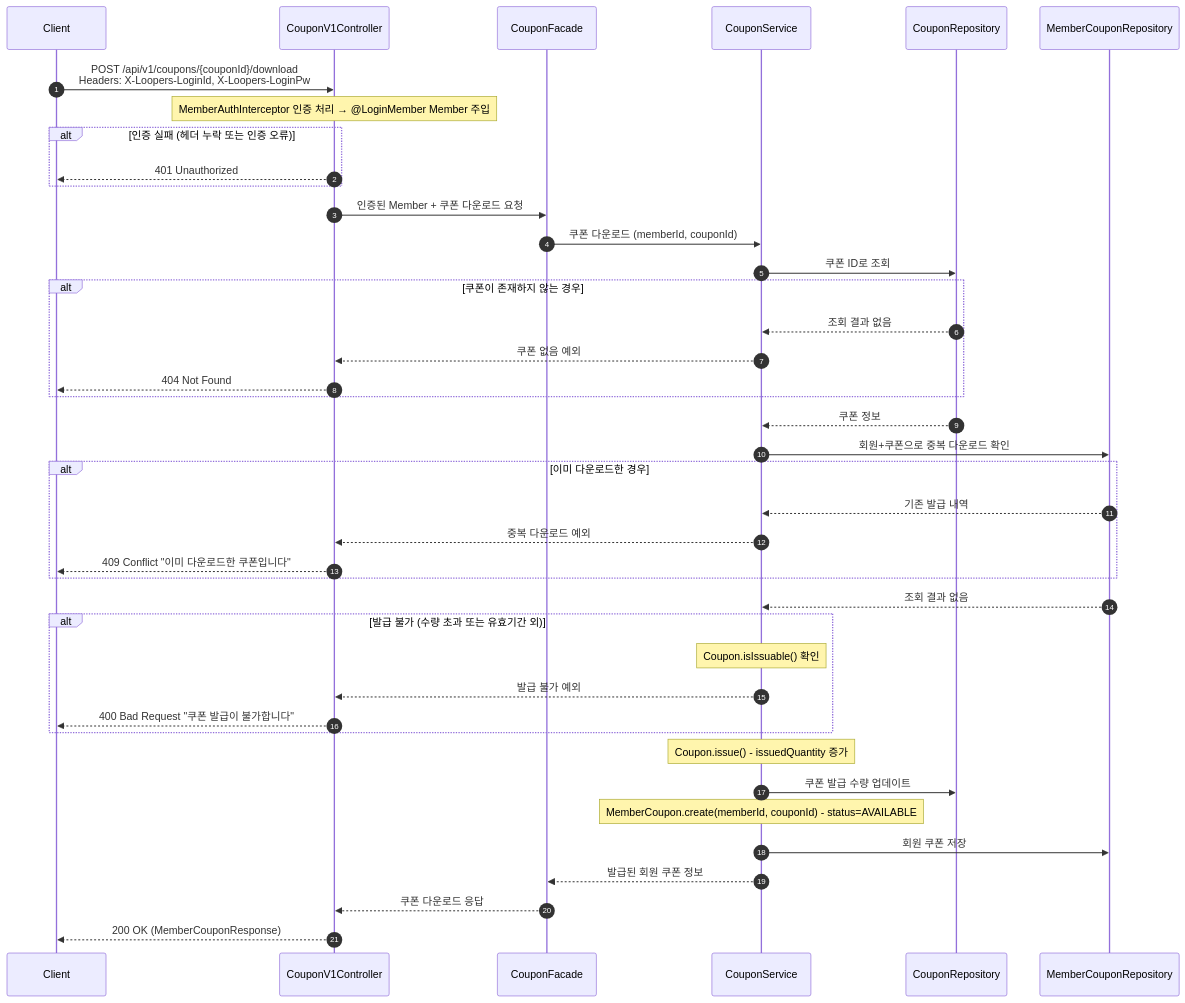
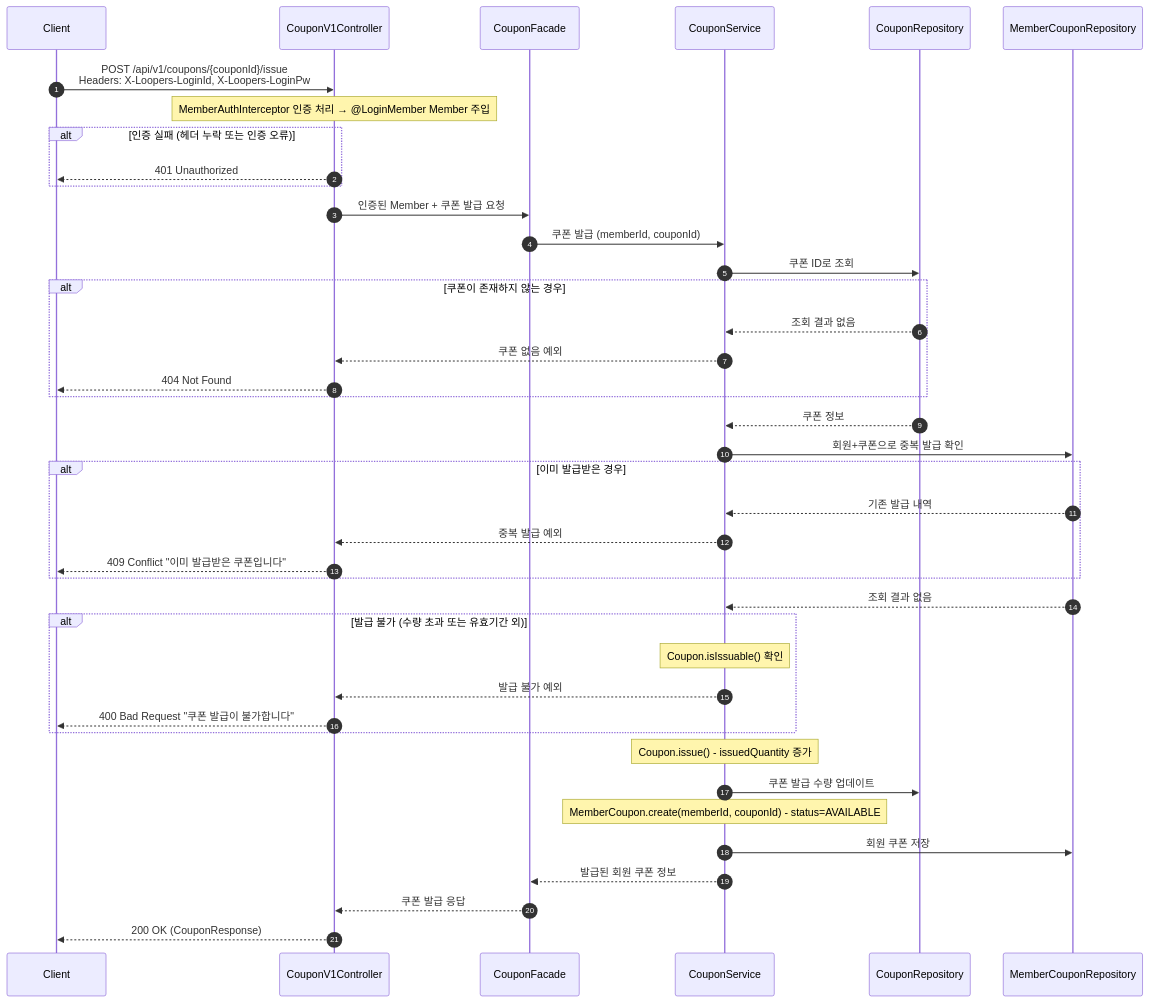
Before and after one commit to jsj1215/loop-pack-be-l2-vol3-java: diagram 12 of 30 in docs/design/02-sequence-diagrams.md, drawn with Mermaid. The commit also changed other lines of this file and 3 other files, not shown here.

````diff
--- a/docs/design/02-sequence-diagrams.md
+++ b/docs/design/02-sequence-diagrams.md
@@ -598,54 +598,54 @@
 ```mermaid
 sequenceDiagram
     autonumber
     participant Client
     participant Controller as CouponV1Controller
     participant Facade as CouponFacade
     participant Service as CouponService
     participant CouponRepo as CouponRepository
     participant MemberCouponRepo as MemberCouponRepository
 
-    Client->>Controller: POST /api/v1/coupons/{couponId}/download<br/>Headers: X-Loopers-LoginId, X-Loopers-LoginPw
+    Client->>Controller: POST /api/v1/coupons/{couponId}/issue<br/>Headers: X-Loopers-LoginId, X-Loopers-LoginPw
 
     Note over Controller: MemberAuthInterceptor 인증 처리 → @LoginMember Member 주입
     alt 인증 실패 (헤더 누락 또는 인증 오류)
         Controller-->>Client: 401 Unauthorized
     end
 
-    Controller->>Facade: 인증된 Member + 쿠폰 다운로드 요청
-    Facade->>Service: 쿠폰 다운로드 (memberId, couponId)
+    Controller->>Facade: 인증된 Member + 쿠폰 발급 요청
+    Facade->>Service: 쿠폰 발급 (memberId, couponId)
     Service->>CouponRepo: 쿠폰 ID로 조회
 
     alt 쿠폰이 존재하지 않는 경우
         CouponRepo-->>Service: 조회 결과 없음
         Service-->>Controller: 쿠폰 없음 예외
         Controller-->>Client: 404 Not Found
     end
 
     CouponRepo-->>Service: 쿠폰 정보
 
-    Service->>MemberCouponRepo: 회원+쿠폰으로 중복 다운로드 확인
-    alt 이미 다운로드한 경우
+    Service->>MemberCouponRepo: 회원+쿠폰으로 중복 발급 확인
+    alt 이미 발급받은 경우
         MemberCouponRepo-->>Service: 기존 발급 내역
-        Service-->>Controller: 중복 다운로드 예외
-        Controller-->>Client: 409 Conflict "이미 다운로드한 쿠폰입니다"
+        Service-->>Controller: 중복 발급 예외
+        Controller-->>Client: 409 Conflict "이미 발급받은 쿠폰입니다"
     end
 
     MemberCouponRepo-->>Service: 조회 결과 없음
 
     alt 발급 불가 (수량 초과 또는 유효기간 외)
         Note over Service: Coupon.isIssuable() 확인
         Service-->>Controller: 발급 불가 예외
         Controller-->>Client: 400 Bad Request "쿠폰 발급이 불가합니다"
     end
 
     Note over Service: Coupon.issue() - issuedQuantity 증가
     Service->>CouponRepo: 쿠폰 발급 수량 업데이트
 
     Note over Service: MemberCoupon.create(memberId, couponId) - status=AVAILABLE
     Service->>MemberCouponRepo: 회원 쿠폰 저장
 
     Service-->>Facade: 발급된 회원 쿠폰 정보
-    Facade-->>Controller: 쿠폰 다운로드 응답
-    Controller-->>Client: 200 OK (MemberCouponResponse)
+    Facade-->>Controller: 쿠폰 발급 응답
+    Controller-->>Client: 200 OK (CouponResponse)
 ```
````
